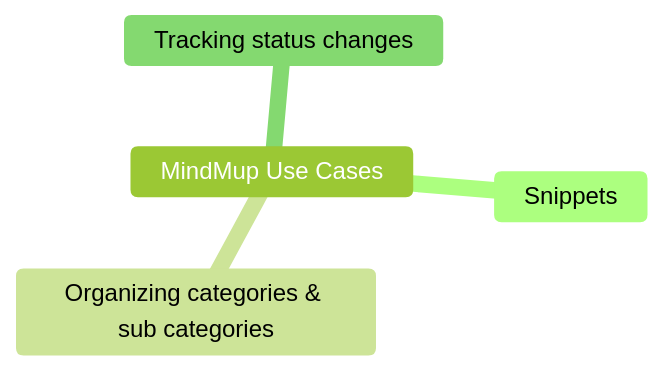
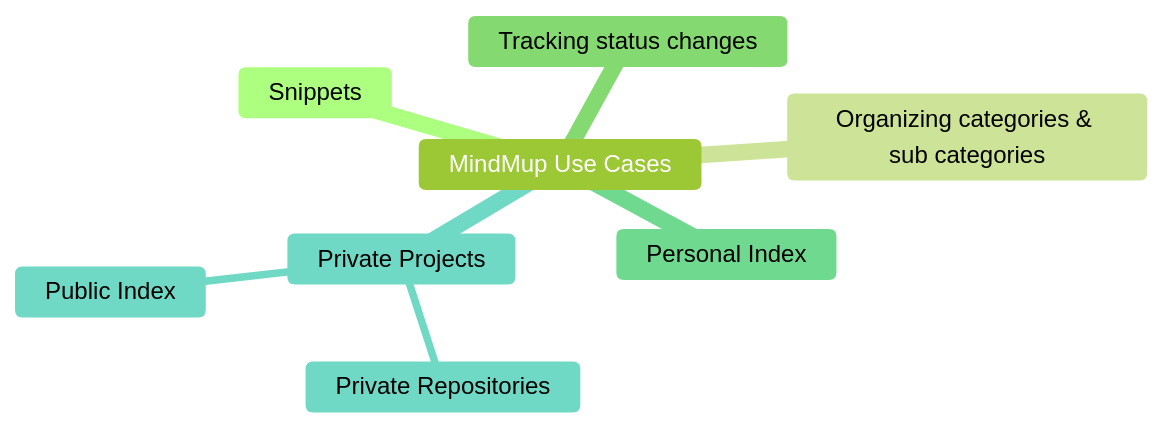
The diagram in mindmup-use-cases.md (kct2020/mddiag), drawn with Mermaid (forest theme) before and after one commit. The commit also changed other lines of this file and 3 other files, not shown here.

````diff
--- a/mindmup-use-cases.md
+++ b/mindmup-use-cases.md
@@ -3,7 +3,11 @@
 ```mermaid
 mindmap
 MindMup Use Cases
   Snippets
   Organizing categories & sub categories
   Tracking status changes
+  Personal Index
+  Private Projects
+    Private Repositories
+    Public Index
 ```
````
